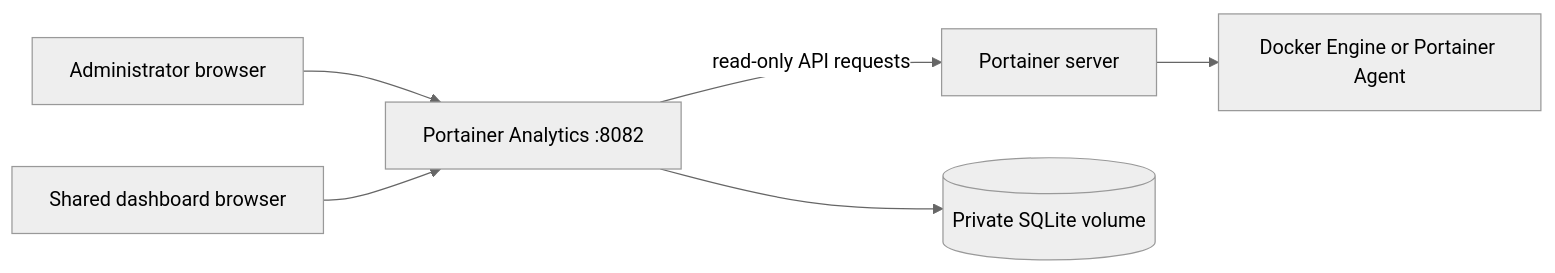
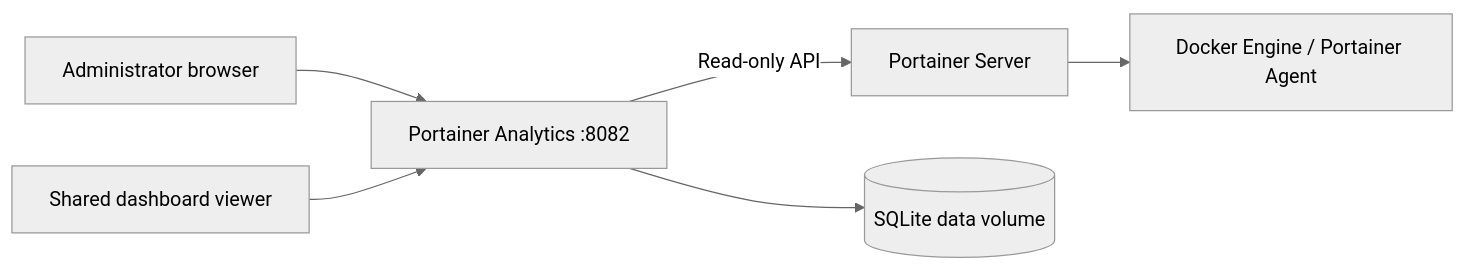
Before and after one commit to pablonietopareja/portainer-analytics: the diagram in README.md, drawn with Mermaid (neutral theme). The commit also changed other lines of this file and 15 other files, not shown here.

````diff
--- a/README.md
+++ b/README.md
@@ -13,8 +49,8 @@
 ```mermaid
 flowchart LR
-    Admin[Administrator browser] --> App[Portainer Analytics :8082]
-    Viewer[Shared dashboard browser] --> App
-    App -->|read-only API requests| Portainer[Portainer server]
-    Portainer --> Agent[Docker Engine or Portainer Agent]
-    App --> DB[(Private SQLite volume)]
+    A[Administrator browser] --> C[Portainer Analytics :8082]
+    V[Shared dashboard viewer] --> C
+    C -->|Read-only API| P[Portainer Server]
+    P --> E[Docker Engine / Portainer Agent]
+    C --> D[(SQLite data volume)]
 ```
````
